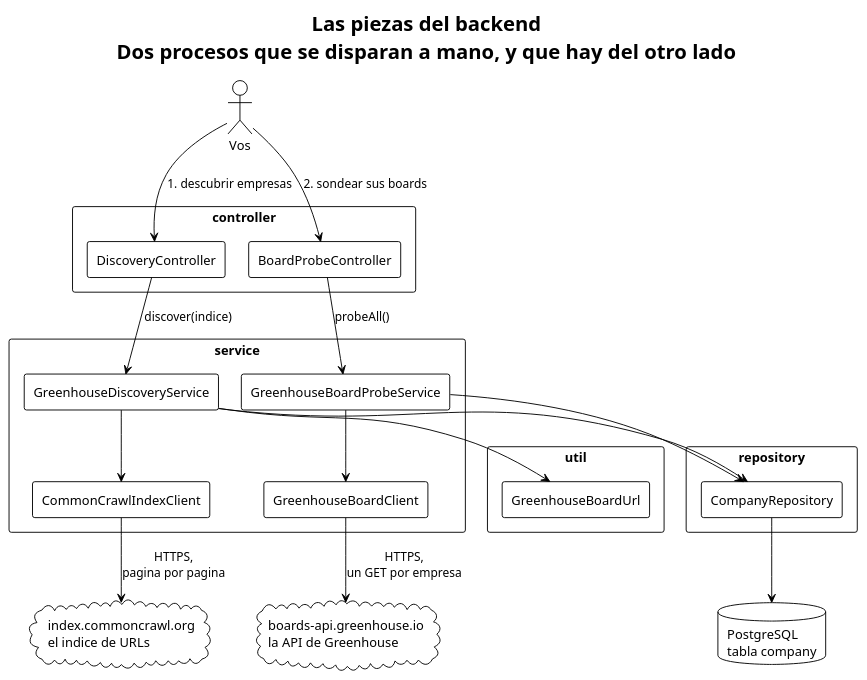
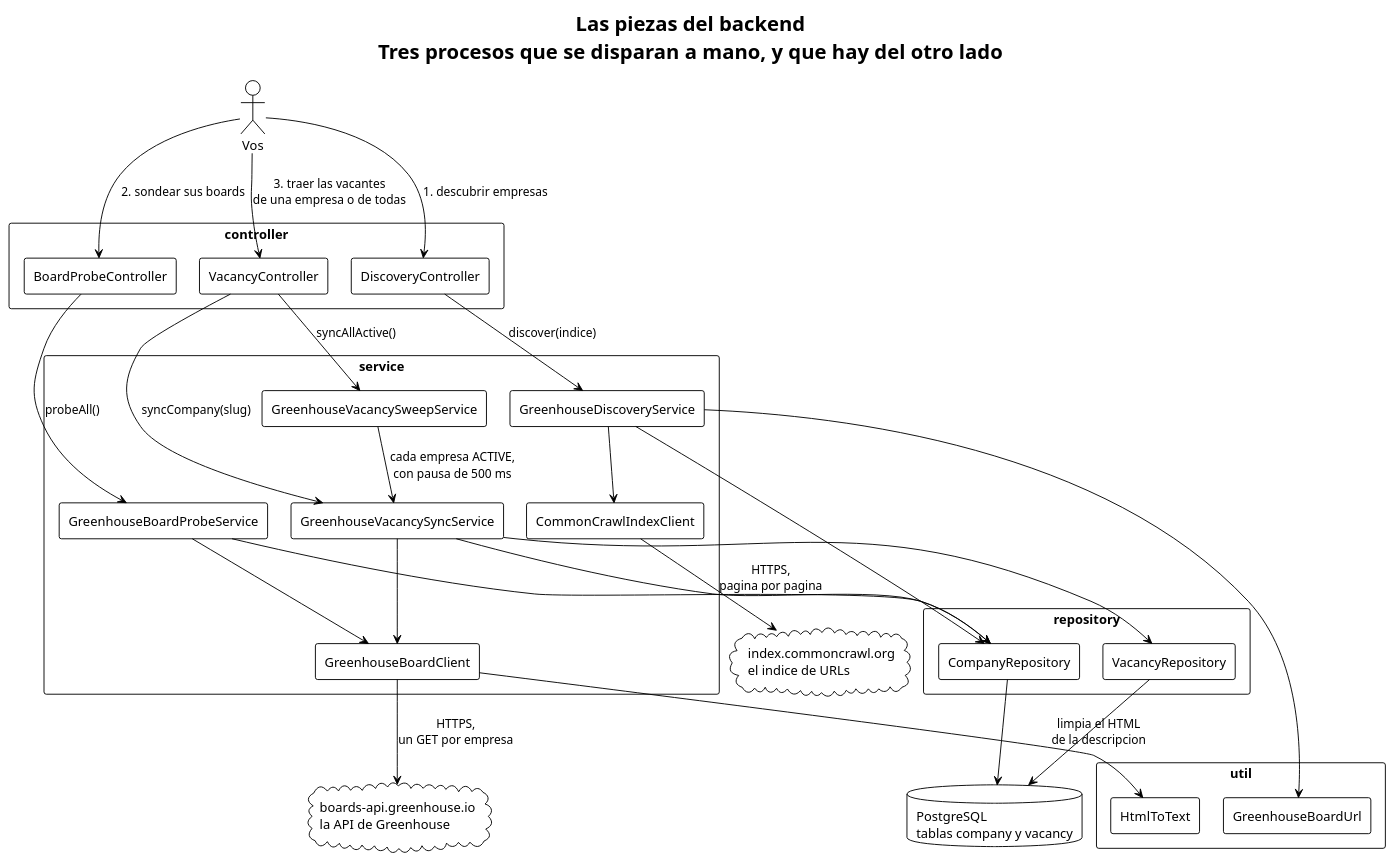
One commit to EliasNAires/oneprofile changed the diagram in docs/para-humanos/diagramas/panorama.puml. Above: the diagram before and after it, drawn with PlantUML. The commit also changed 24 other files, not shown here.

Commit message:
complete vacancy scraping loop from greenhouse

```diff
--- a/docs/para-humanos/diagramas/panorama.puml
+++ b/docs/para-humanos/diagramas/panorama.puml
@@ -1,52 +1,66 @@
 @startuml panorama
 !theme plain
-title Las piezas del backend\nDos procesos que se disparan a mano, y que hay del otro lado
+title Las piezas del backend\nTres procesos que se disparan a mano, y que hay del otro lado
 
 skinparam componentStyle rectangle
 skinparam shadowing false
 skinparam nodesep 25
 skinparam ranksep 45
 
 actor "Vos" as you
 
 rectangle "controller" {
   [DiscoveryController] as ctrl
   [BoardProbeController] as probeCtrl
+  [VacancyController] as vacCtrl
 }
 
 rectangle "service" {
   [GreenhouseDiscoveryService] as svc
   [CommonCrawlIndexClient] as client
   [GreenhouseBoardProbeService] as probeSvc
+  [GreenhouseVacancySyncService] as vacSvc
+  [GreenhouseVacancySweepService] as sweepSvc
   [GreenhouseBoardClient] as boardClient
 }
 
 rectangle "util" {
   [GreenhouseBoardUrl] as url
+  [HtmlToText] as html
 }
 
 rectangle "repository" {
   [CompanyRepository] as repo
+  [VacancyRepository] as vacRepo
 }
 
 cloud "index.commoncrawl.org\nel indice de URLs" as cc
 cloud "boards-api.greenhouse.io\nla API de Greenhouse" as gh
-database "PostgreSQL\ntabla company" as db
+database "PostgreSQL\ntablas company y vacancy" as db
 
 you --> ctrl : 1. descubrir empresas
 you --> probeCtrl : 2. sondear sus boards
+you --> vacCtrl : 3. traer las vacantes\nde una empresa o de todas
 
 ctrl --> svc : discover(indice)
 probeCtrl --> probeSvc : probeAll()
+vacCtrl --> vacSvc : syncCompany(slug)
+vacCtrl --> sweepSvc : syncAllActive()
+sweepSvc --> vacSvc : cada empresa ACTIVE,\ncon pausa de 500 ms
 
 svc --> client
 svc --> url
 svc --> repo
 probeSvc --> boardClient
 probeSvc --> repo
+vacSvc --> boardClient
+vacSvc --> repo
+vacSvc --> vacRepo
 
 client --> cc : HTTPS,\npagina por pagina
 boardClient --> gh : HTTPS,\nun GET por empresa
+boardClient --> html : limpia el HTML\nde la descripcion
 repo --> db
+vacRepo --> db
 
 @enduml
```
